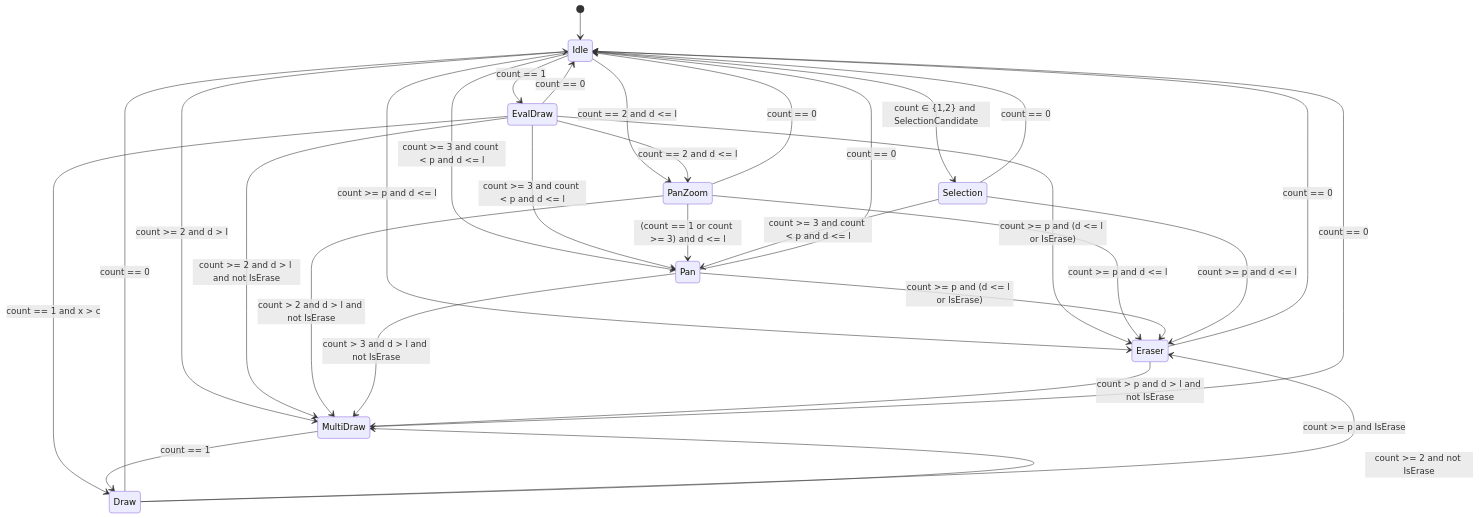
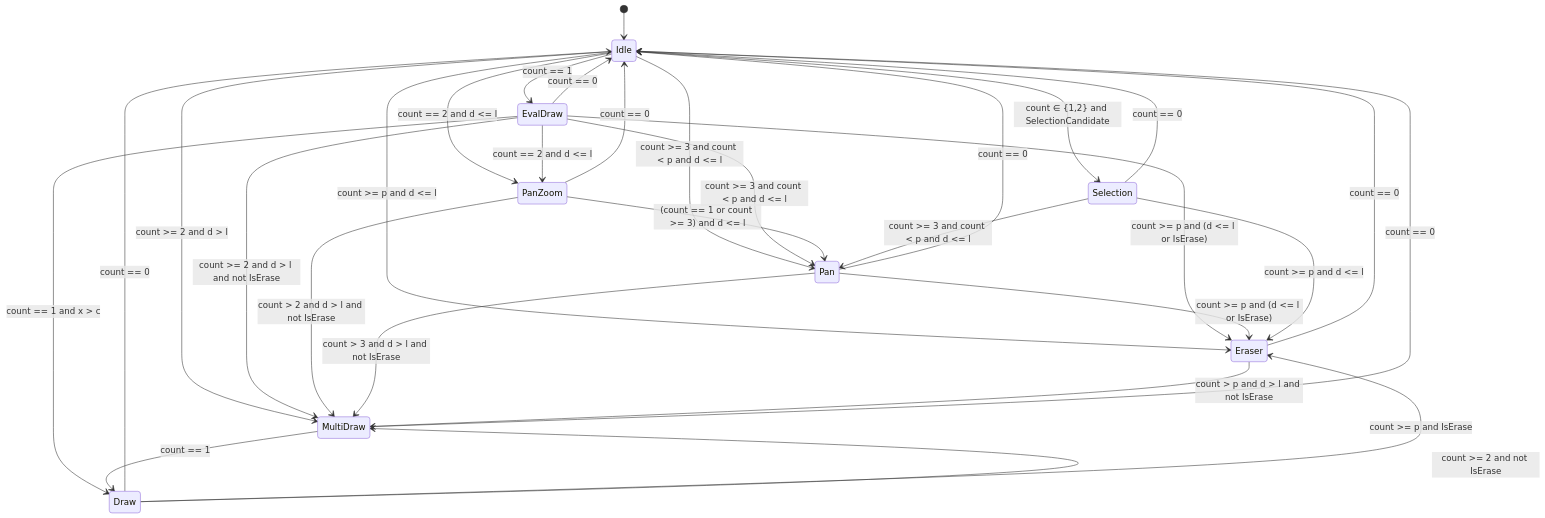
The diagram in docs/TouchStates2.md (KaiHuaDou/DrawingNotepad), drawn with Mermaid before and after one commit. The commit also changed other lines of this file and 19 other files, not shown here.

````diff
--- a/docs/TouchStates2.md
+++ b/docs/TouchStates2.md
@@ -74,41 +73,40 @@
 ```mermaid
 stateDiagram-v2
     [*] --> Idle
 
     Idle --> Selection: count ∈ {1,2} and SelectionCandidate
     Idle --> EvalDraw: count == 1
     Idle --> PanZoom: count == 2 and d <= l
     Idle --> Eraser: count >= p and d <= l
     Idle --> Pan: count >= 3 and count < p and d <= l
     Idle --> MultiDraw: count >= 2 and d > l
 
     EvalDraw --> Idle: count == 0
     EvalDraw --> Draw: count == 1 and x > c
     EvalDraw --> Eraser: count >= p and (d <= l or IsErase)
     EvalDraw --> PanZoom: count == 2 and d <= l
     EvalDraw --> Pan: count >= 3 and count < p and d <= l
     EvalDraw --> MultiDraw: count >= 2 and d > l and not IsErase
 
     Draw --> Idle: count == 0
     Draw --> Eraser: count >= p and IsErase
     Draw --> MultiDraw: count >= 2 and not IsErase
 
     MultiDraw --> Idle: count == 0
     MultiDraw --> Draw: count == 1
 
     PanZoom --> Idle: count == 0
-    PanZoom --> Eraser: count >= p and d <= l
     PanZoom --> Pan: (count == 1 or count >= 3) and d <= l
     PanZoom --> MultiDraw: count > 2 and d > l and not IsErase
 
     Pan --> Idle: count == 0
     Pan --> Eraser: count >= p and (d <= l or IsErase)
     Pan --> MultiDraw: count > 3 and d > l and not IsErase
 
     Eraser --> Idle: count == 0
     Eraser --> MultiDraw: count > p and d > l and not IsErase
 
     Selection --> Idle: count == 0
     Selection --> Eraser: count >= p and d <= l
     Selection --> Pan: count >= 3 and count < p and d <= l
 ```
````
